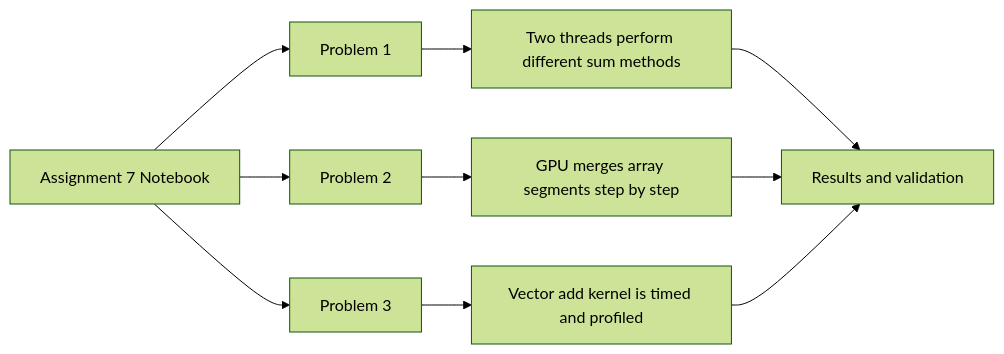
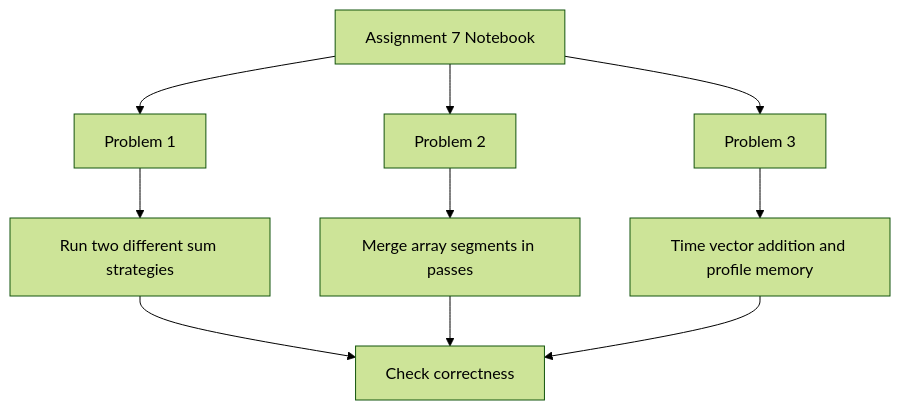
The diagram in LAB7/README.md (D-Deadric-C/UCS_645_suryansh_102316055), drawn with Mermaid (forest theme) before and after one commit. The commit also changed other lines of this file, not shown here.

````diff
--- a/LAB7/README.md
+++ b/LAB7/README.md
@@ -22,14 +22,14 @@
 ```mermaid
-flowchart LR
+flowchart TD
     A[Assignment 7 Notebook] --> B[Problem 1]
     A --> C[Problem 2]
     A --> D[Problem 3]
 
-    B --> B1[Two threads perform different sum methods]
-    C --> C1[GPU merges array segments step by step]
-    D --> D1[Vector add kernel is timed and profiled]
+    B --> B1[Run two different sum strategies]
+    C --> C1[Merge array segments in passes]
+    D --> D1[Time vector addition and profile memory]
 
-    B1 --> E[Results and validation]
+    B1 --> E[Check correctness]
     C1 --> E
     D1 --> E
 ```
````
